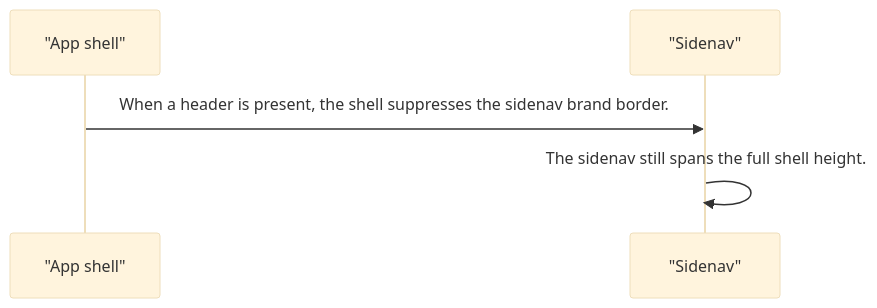
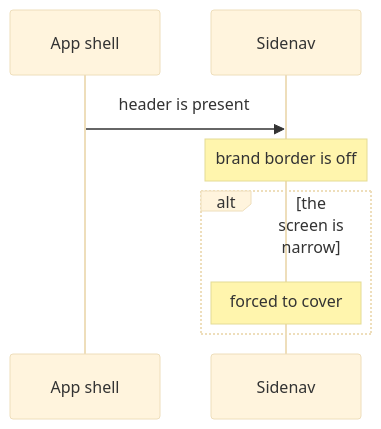
One commit to RajshekharBorate/pixel-ui changed the fourth of 4 diagrams in projects/pixel-ui/src/lib/pixel-sidenav/DESIGN.md. Above: the diagram before and after it, drawn with Mermaid (base theme). The commit also changed other lines of this file and 73 other files, not shown here.

Commit message:
Explain who owns each value and what each flow does in every component and service design.

````diff
--- a/projects/pixel-ui/src/lib/pixel-sidenav/DESIGN.md
+++ b/projects/pixel-ui/src/lib/pixel-sidenav/DESIGN.md
@@ -75,7 +94,10 @@
 ```mermaid
 sequenceDiagram
-  participant shell as "App shell"
-  participant nav as "Sidenav"
-  shell->>nav: When a header is present, the shell suppresses the sidenav brand border.
-  nav->>nav: The sidenav still spans the full shell height.
+  participant Shell as App shell
+  participant Nav as Sidenav
+  Shell->>Nav: header is present
+  Note over Nav: brand border is off
+  alt the screen is narrow
+    Note over Nav: forced to cover
+  end
 ```
````
